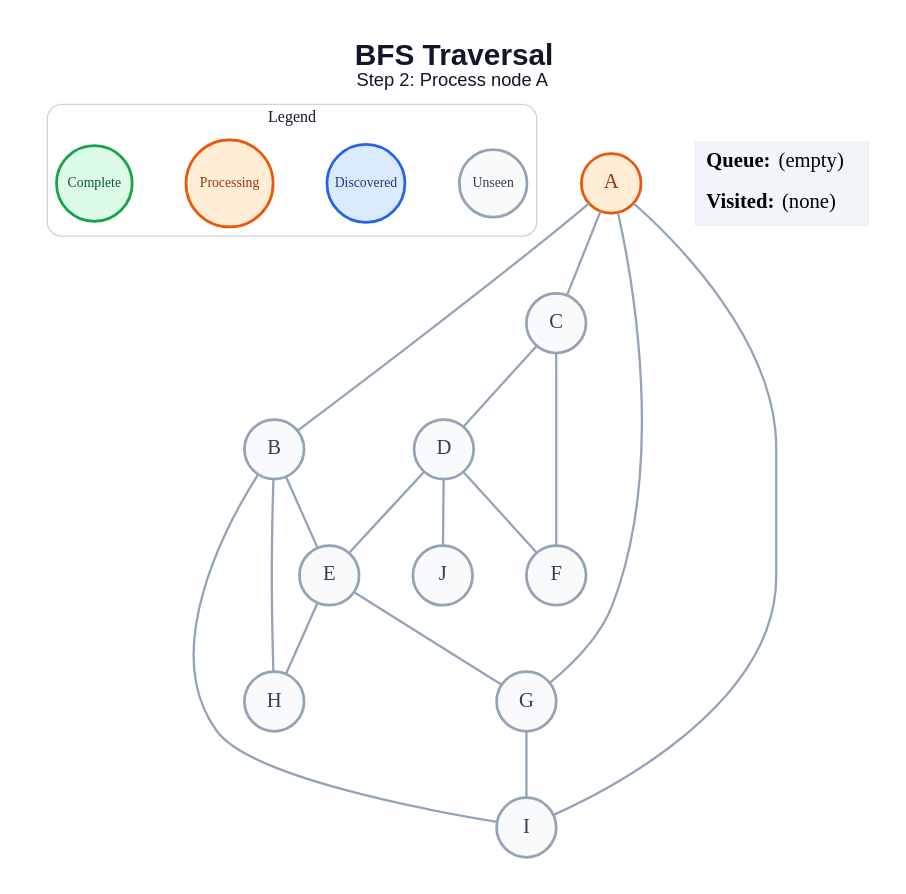
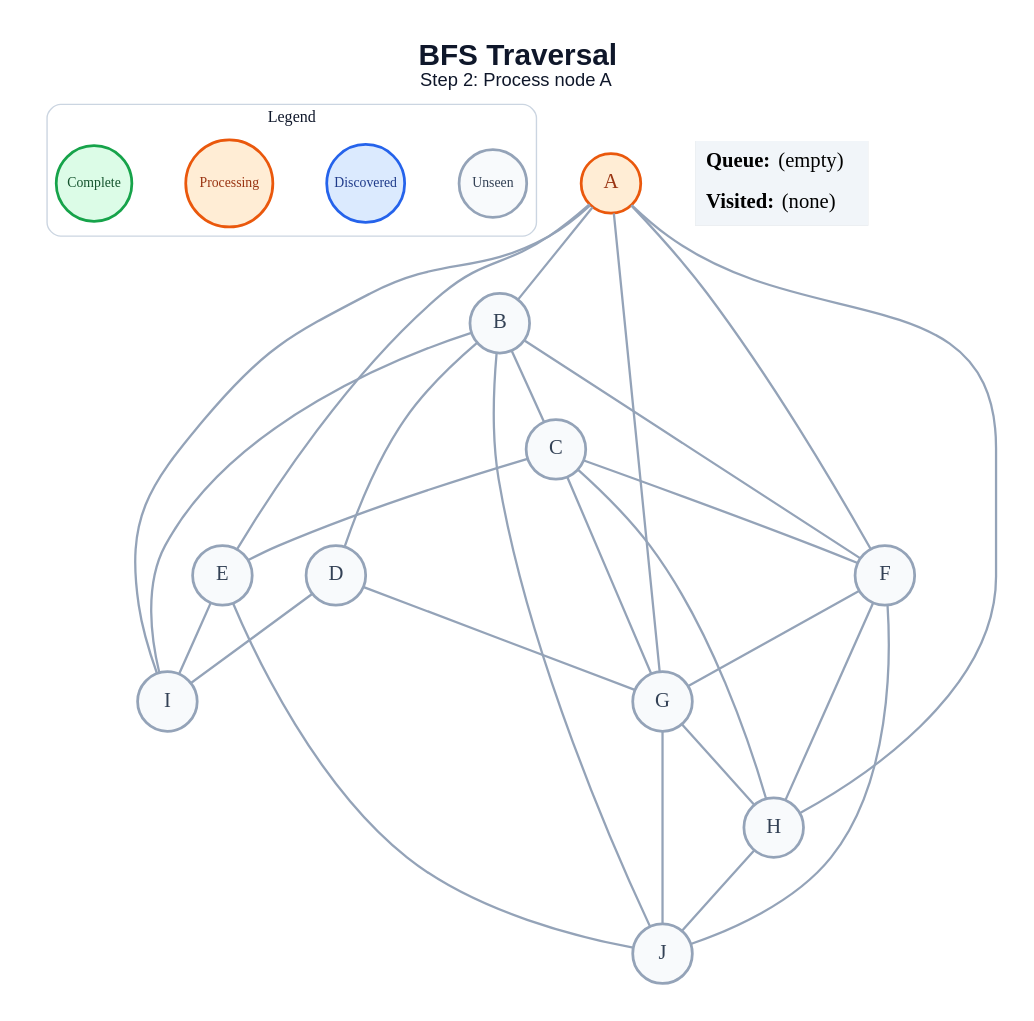
The diagram in generated/bfs/step_02.dot (anon7238593-create/ai-slop), drawn with Graphviz before and after one commit. The commit also changed 178 other files, not shown here.

```diff
--- a/generated/bfs/step_02.dot
+++ b/generated/bfs/step_02.dot
@@ -1,44 +1,54 @@
 graph traversal {
   graph [layout=dot, rankdir=TB, bgcolor="#FFFFFF", pad="0.35", nodesep="0.65", ranksep="0.8", fontname="Arial"];
   node [shape=circle, style="filled", fontname="Arial Bold", fontsize=18, width=0.72, fixedsize=true, penwidth=2.4];
   edge [color="#94A3B8", penwidth=2.0];
   label=<<B>BFS Traversal</B><BR/><FONT POINT-SIZE="16">Step 2: Process node A</FONT>>; labelloc="t"; fontsize=26; fontname="Arial"; fontcolor="#0F172A";
   subgraph cluster_legend { label="Legend"; color="#CBD5E1"; penwidth=1.2; style="rounded"; fontsize=14; fontname="Arial Bold";
     key_unseen [label="Unseen", fillcolor="#F8FAFC", color="#94A3B8", fontcolor="#334155", fontsize=12, width=0.82];
     key_frontier [label="Discovered", fillcolor="#DBEAFE", color="#2563EB", fontcolor="#1E3A8A", fontsize=12, width=0.95];
     key_current [label="Processing", fillcolor="#FFEDD5", color="#EA580C", fontcolor="#9A3412", fontsize=12, width=1.05];
     key_done [label="Complete", fillcolor="#DCFCE7", color="#16A34A", fontcolor="#14532D", fontsize=12, width=0.92];
     { rank=same; key_unseen; key_frontier; key_current; key_done; }
   }
   A [fillcolor="#FFEDD5", color="#EA580C", fontcolor="#9A3412"];
   B [fillcolor="#F8FAFC", color="#94A3B8", fontcolor="#334155"];
   C [fillcolor="#F8FAFC", color="#94A3B8", fontcolor="#334155"];
   D [fillcolor="#F8FAFC", color="#94A3B8", fontcolor="#334155"];
   E [fillcolor="#F8FAFC", color="#94A3B8", fontcolor="#334155"];
   F [fillcolor="#F8FAFC", color="#94A3B8", fontcolor="#334155"];
   G [fillcolor="#F8FAFC", color="#94A3B8", fontcolor="#334155"];
   H [fillcolor="#F8FAFC", color="#94A3B8", fontcolor="#334155"];
   I [fillcolor="#F8FAFC", color="#94A3B8", fontcolor="#334155"];
   J [fillcolor="#F8FAFC", color="#94A3B8", fontcolor="#334155"];
   A -- B;
-  A -- C;
+  A -- E;
+  A -- F;
   A -- G;
+  A -- H;
   A -- I;
-  B -- E;
-  B -- H;
+  B -- C;
+  B -- D;
+  B -- F;
   B -- I;
-  C -- D;
+  B -- J;
+  C -- E;
   C -- F;
-  D -- E;
-  D -- F;
-  D -- J;
-  E -- G;
-  E -- H;
-  G -- I;
+  C -- G;
+  C -- H;
+  D -- G;
+  D -- I;
+  E -- I;
+  E -- J;
+  F -- G;
+  F -- H;
+  F -- J;
+  G -- H;
+  G -- J;
+  H -- J;
   status [shape=plain, fixedsize=false, width=0, height=0, margin=0, label=<
     <TABLE BORDER="0" CELLBORDER="0" CELLPADDING="7" BGCOLOR="#F1F5F9">
       <TR><TD ALIGN="LEFT"><B>Queue:</B> (empty)</TD></TR>
       <TR><TD ALIGN="LEFT"><B>Visited:</B> (none)</TD></TR>
     </TABLE>
   >];
 }
```
